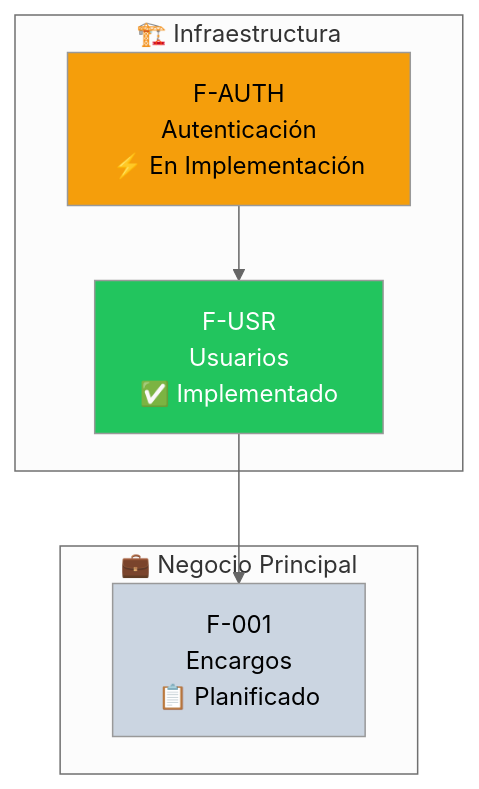
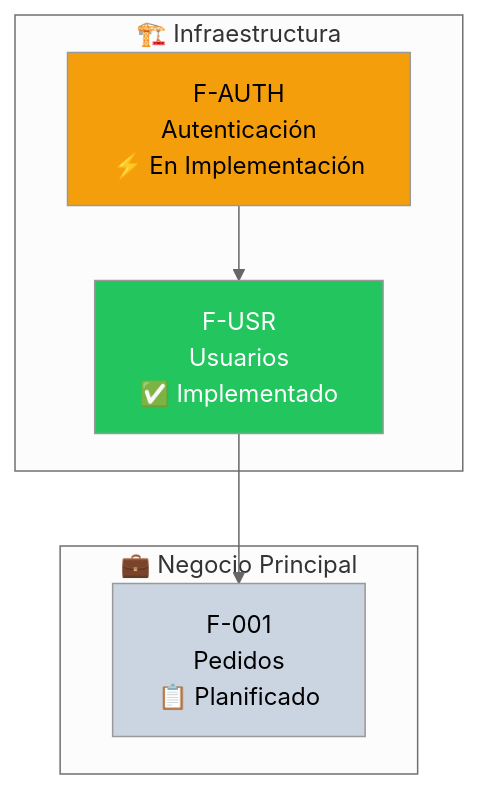
The second of 3 diagrams in .github/agents/bolt-docs.agent.md (Avanade-IP-poc/infra-pt-demo), drawn with Mermaid (neutral theme) before and after one commit. The commit also changed other lines of this file and 103 other files, not shown here.

````diff
--- a/.github/agents/bolt-docs.agent.md
+++ b/.github/agents/bolt-docs.agent.md
@@ -318,18 +605,18 @@
 ```mermaid
 flowchart TB
   subgraph INFRA["🏗️ Infraestructura"]
     AUTH["F-AUTH<br/>Autenticación<br/>⚡ En Implementación"]
     USR["F-USR<br/>Usuarios<br/>✅ Implementado"]
   end
 
   subgraph NEGOCIO["💼 Negocio Principal"]
-    ENC["F-001<br/>Encargos<br/>📋 Planificado"]
+    ORD["F-001<br/>Pedidos<br/>📋 Planificado"]
   end
 
   AUTH --> USR
-  USR --> ENC
+  USR --> ORD
 
   style AUTH fill:#f59e0b,color:#000
   style USR fill:#22c55e,color:#fff
-  style ENC fill:#cbd5e1,color:#000
+  style ORD fill:#cbd5e1,color:#000
 ```
````
